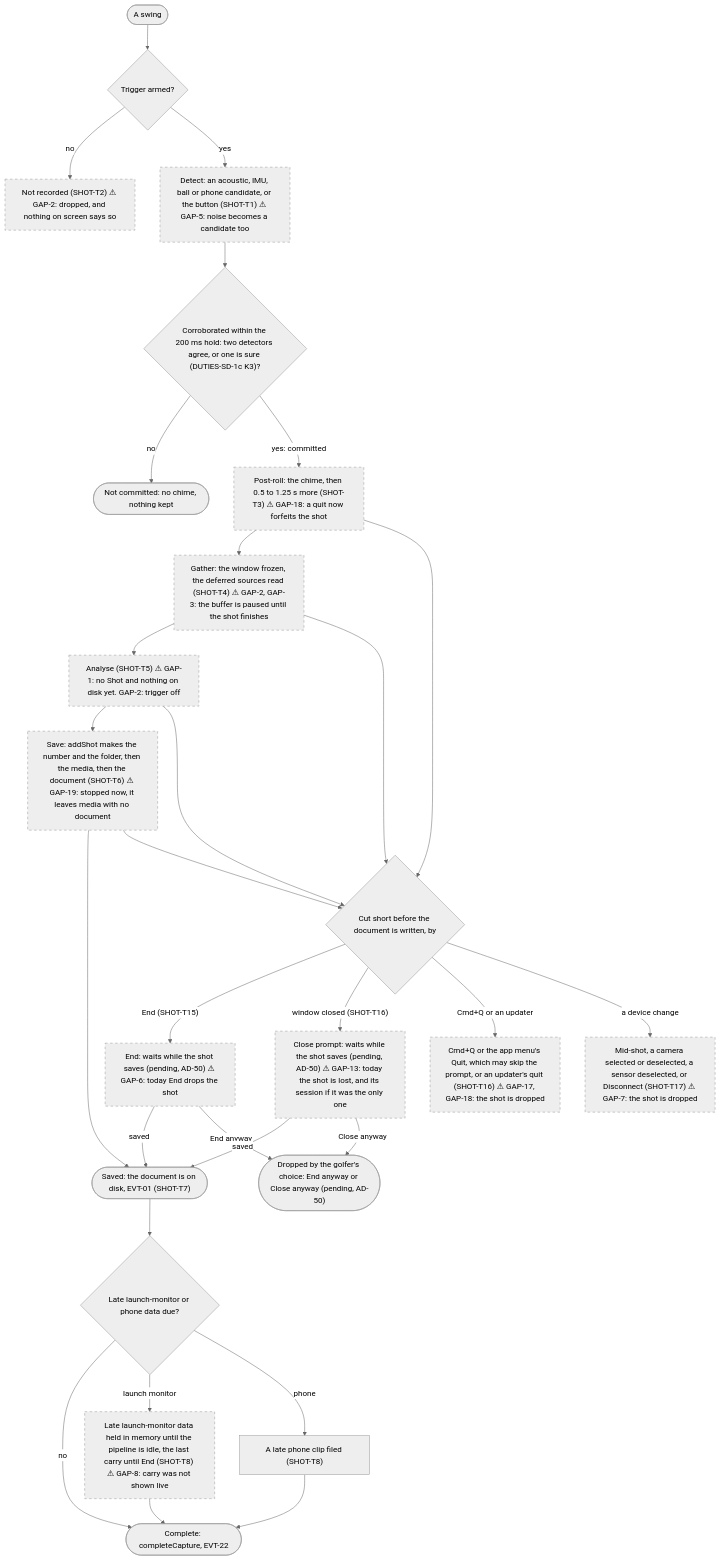
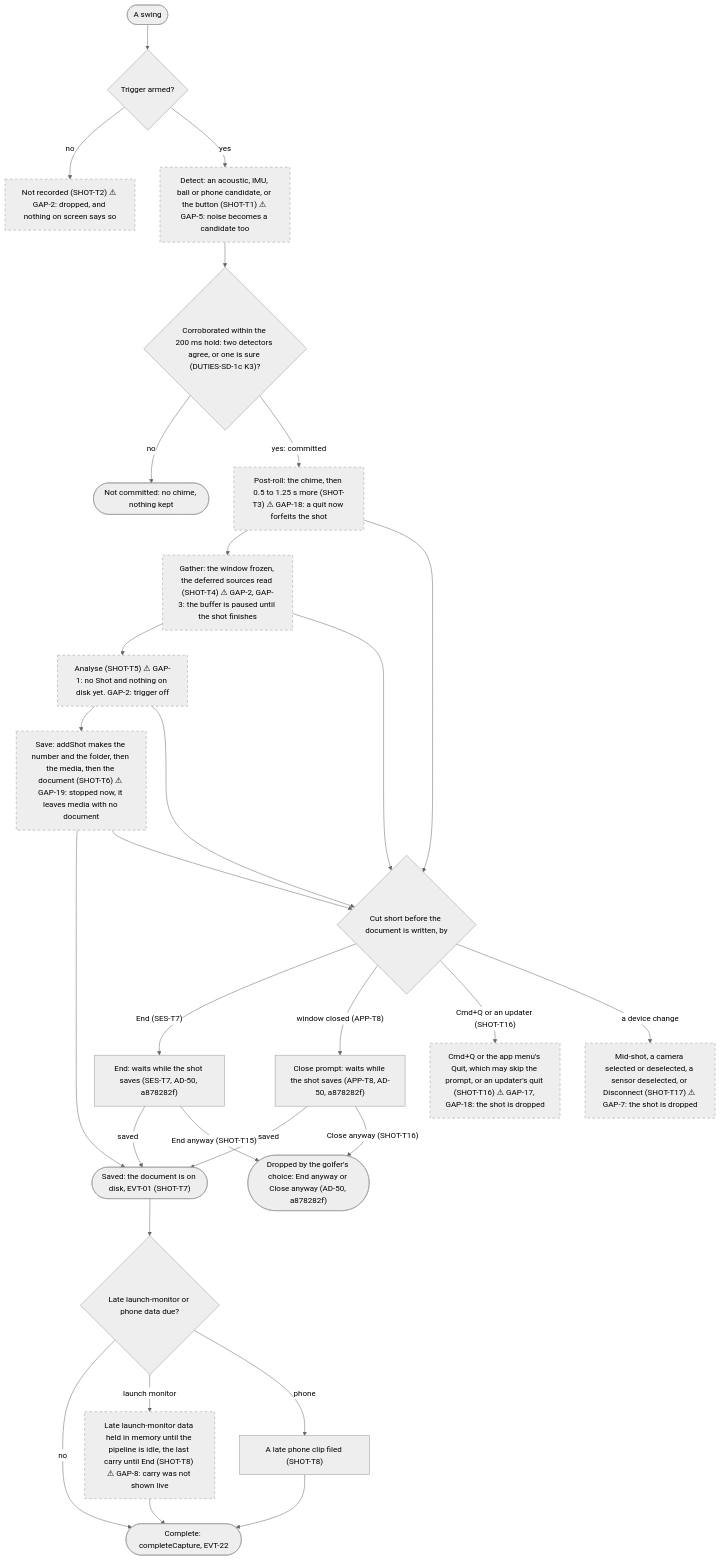
The sixth of 8 diagrams in governance/artefacts/lifecycle_model.md (PinPoint-Golf/PinPointStudio), drawn with Mermaid (neutral theme) before and after one commit. The commit also changed other lines of this file and 1 other file, not shown here.

First line of the commit message:
Governance: the lifecycle model records the End and quit waits and the start paths that landed today

````diff
--- a/governance/artefacts/lifecycle_model.md
+++ b/governance/artefacts/lifecycle_model.md
@@ -372,50 +372,50 @@
 ```mermaid
 flowchart TD
     classDef gap stroke-dasharray:5 5
     swing(["A swing"])
     armed{"Trigger armed?"}
     notrec["Not recorded (SHOT-T2) ⚠ GAP-2: dropped, and nothing on screen says so"]:::gap
     detect["Detect: an acoustic, IMU, ball or phone candidate, or the button (SHOT-T1) ⚠ GAP-5: noise becomes a candidate too"]:::gap
     corrob{"Corroborated within the 200 ms hold: two detectors agree, or one is sure (DUTIES-SD-1c K3)?"}
     notshot(["Not committed: no chime, nothing kept"])
     postroll["Post-roll: the chime, then 0.5 to 1.25 s more (SHOT-T3) ⚠ GAP-18: a quit now forfeits the shot"]:::gap
     gather["Gather: the window frozen, the deferred sources read (SHOT-T4) ⚠ GAP-2, GAP-3: the buffer is paused until the shot finishes"]:::gap
     analyse["Analyse (SHOT-T5) ⚠ GAP-1: no Shot and nothing on disk yet. GAP-2: trigger off"]:::gap
     save["Save: addShot makes the number and the folder, then the media, then the document (SHOT-T6) ⚠ GAP-19: stopped now, it leaves media with no document"]:::gap
     saved(["Saved: the document is on disk, EVT-01 (SHOT-T7)"])
     late{"Late launch-monitor or phone data due?"}
     lm["Late launch-monitor data held in memory until the pipeline is idle, the last carry until End (SHOT-T8) ⚠ GAP-8: carry was not shown live"]:::gap
     phone["A late phone clip filed (SHOT-T8)"]
     complete(["Complete: completeCapture, EVT-22"])
     interrupt{"Cut short before the document is written, by"}
-    waitend["End: waits while the shot saves (pending, AD-50) ⚠ GAP-6: today End drops the shot"]:::gap
-    closewait["Close prompt: waits while the shot saves (pending, AD-50) ⚠ GAP-13: today the shot is lost, and its session if it was the only one"]:::gap
+    waitend["End: waits while the shot saves (SES-T7, AD-50, a878282f)"]
+    closewait["Close prompt: waits while the shot saves (APP-T8, AD-50, a878282f)"]
     cmdq["Cmd+Q or the app menu's Quit, which may skip the prompt, or an updater's quit (SHOT-T16) ⚠ GAP-17, GAP-18: the shot is dropped"]:::gap
     deselect["Mid-shot, a camera selected or deselected, a sensor deselected, or Disconnect (SHOT-T17) ⚠ GAP-7: the shot is dropped"]:::gap
-    chosen(["Dropped by the golfer's choice: End anyway or Close anyway (pending, AD-50)"])
+    chosen(["Dropped by the golfer's choice: End anyway or Close anyway (AD-50, a878282f)"])
     swing --> armed
     armed -->|"no"| notrec
     armed -->|"yes"| detect
     detect --> corrob
     corrob -->|"no"| notshot
     corrob -->|"yes: committed"| postroll
     postroll --> gather
     gather --> analyse
     analyse --> save
     save --> saved
     saved --> late
     late -->|"no"| complete
     late -->|"launch monitor"| lm
     late -->|"phone"| phone
     lm --> complete
     phone --> complete
     postroll & gather & analyse & save --> interrupt
-    interrupt -->|"End (SHOT-T15)"| waitend
-    interrupt -->|"window closed (SHOT-T16)"| closewait
-    interrupt -->|"Cmd+Q or an updater"| cmdq
+    interrupt -->|"End (SES-T7)"| waitend
+    interrupt -->|"window closed (APP-T8)"| closewait
+    interrupt -->|"Cmd+Q or an updater (SHOT-T16)"| cmdq
     interrupt -->|"a device change"| deselect
     waitend -->|"saved"| saved
-    waitend -->|"End anyway"| chosen
+    waitend -->|"End anyway (SHOT-T15)"| chosen
     closewait -->|"saved"| saved
-    closewait -->|"Close anyway"| chosen
+    closewait -->|"Close anyway (SHOT-T16)"| chosen
 ```
````
